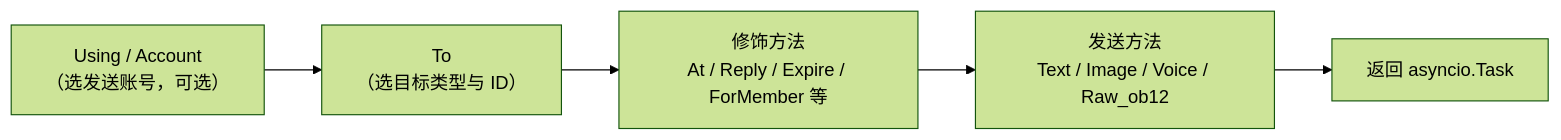
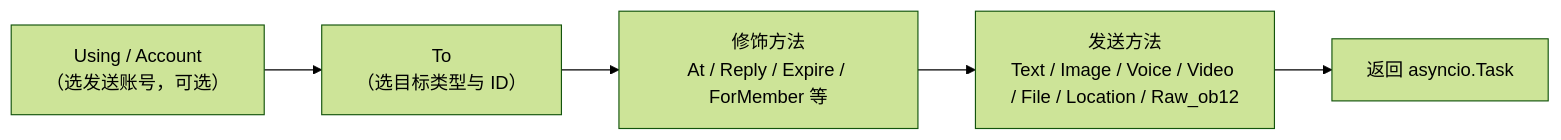
One commit to ErisPulse/ErisPulse changed the first of 2 diagrams in docs/zh-CN/developer-guide/adapters/send-dsl.md. Above: the diagram before and after it, drawn with Mermaid (forest theme). The commit also changed other lines of this file and 9 other files, not shown here.

````diff
--- a/docs/zh-CN/developer-guide/adapters/send-dsl.md
+++ b/docs/zh-CN/developer-guide/adapters/send-dsl.md
@@ -37,7 +37,7 @@
 ```mermaid
 flowchart LR
     A["Using / Account<br/>（选发送账号，可选）"] --> B["To<br/>（选目标类型与 ID）"]
     B --> C["修饰方法<br/>At / Reply / Expire / ForMember 等"]
-    C --> D["发送方法<br/>Text / Image / Voice / Raw_ob12"]
+    C --> D["发送方法<br/>Text / Image / Voice / Video / File / Location / Raw_ob12"]
     D --> E["返回 asyncio.Task"]
 ```
````
